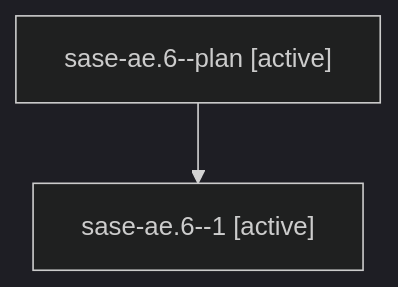
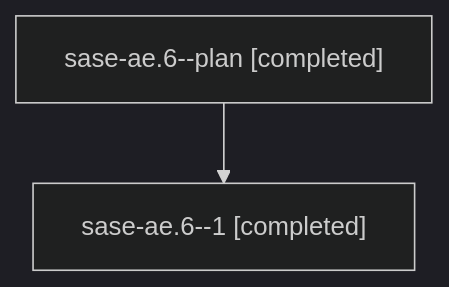
One commit to sase-org/sase--agents changed the diagram in families/bbugyi200.athena.sase-ae.6.md. Above: the diagram before and after it, drawn with Mermaid (dark theme). The commit also changed other lines of this file and 55 other files, not shown here.

````diff
--- a/families/bbugyi200.athena.sase-ae.6.md
+++ b/families/bbugyi200.athena.sase-ae.6.md
@@ -9,6 +9,6 @@
 ```mermaid
 flowchart TD
-  n0["sase-ae.6--plan [active]"]
-  n1["sase-ae.6--1 [active]"]
+  n0["sase-ae.6--plan [completed]"]
+  n1["sase-ae.6--1 [completed]"]
   n0 --> n1
 ```
````
